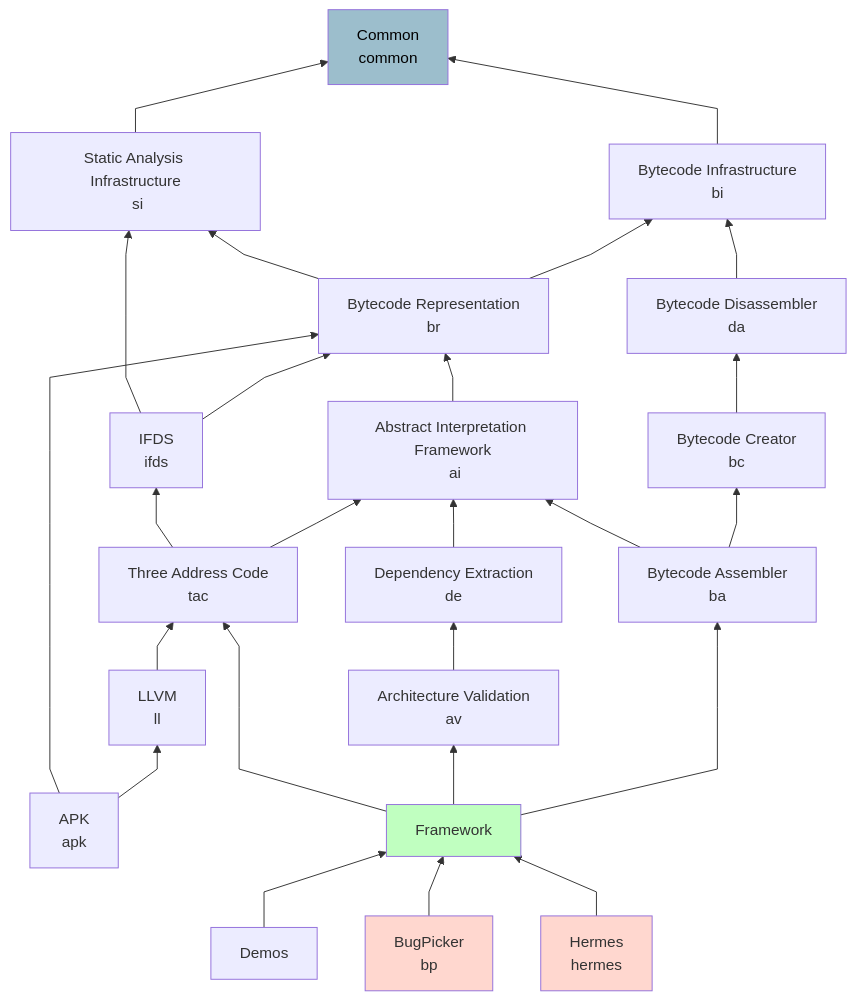
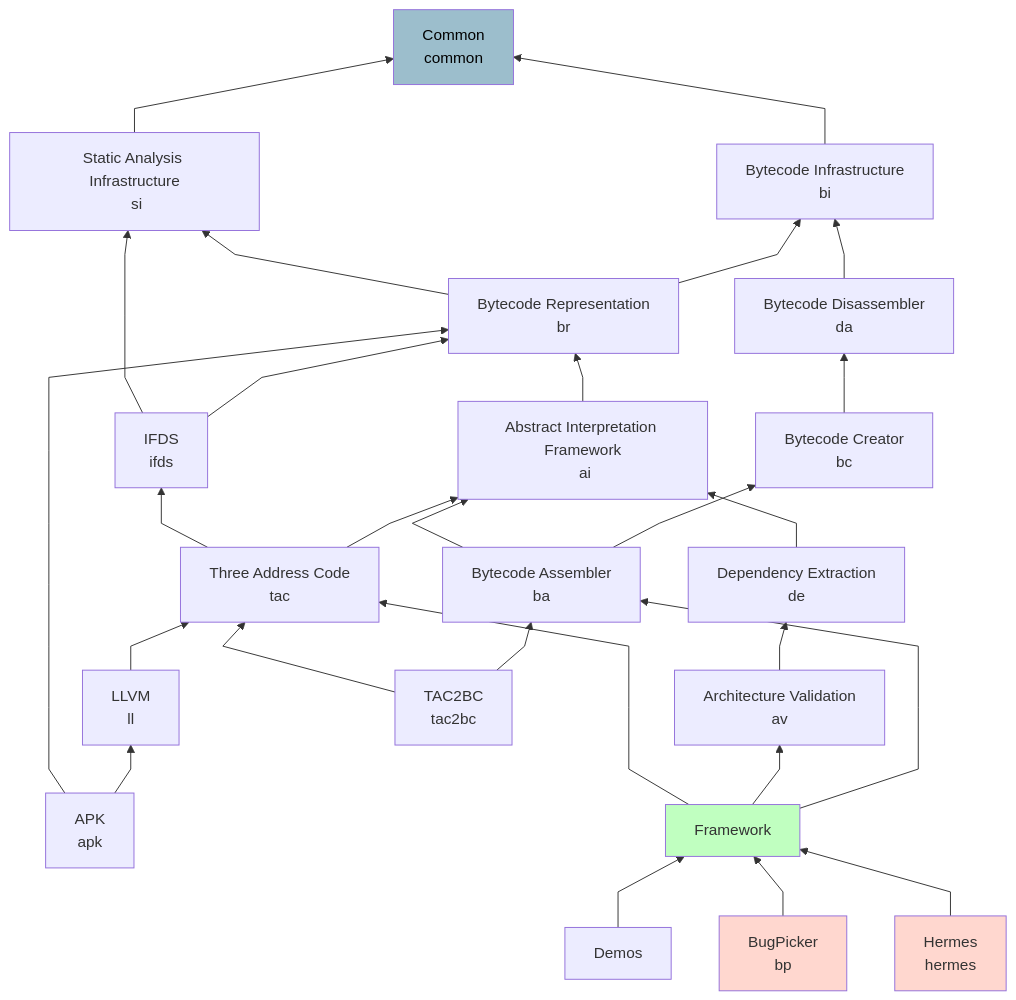
The diagram in OPAL/ProjectDependencies.mmd (opalj/opal), drawn with Mermaid before and after one commit. The commit also changed 183 other files, not shown here.

```diff
--- a/OPAL/ProjectDependencies.mmd
+++ b/OPAL/ProjectDependencies.mmd
@@ -1,71 +1,75 @@
 %%{ init: { 'flowchart': { 'curve': 'linear' } } }%%
 flowchart BT
     
     common[Common\n common]
 
     si[Static Analysis Infrastructure\n si]
     bi[Bytecode Infrastructure\n bi]
 
     br[Bytecode Representation\n br]
     da[Bytecode Disassembler\n da]
 
     ifds[IFDS\n ifds]
     ai[Abstract Interpretation Framework\n ai]
     bc[Bytecode Creator\n bc]
 
     tac[Three Address Code\n tac]
     de[Dependency Extraction\n de]
     ba[Bytecode Assembler\n ba]
 
     ll[LLVM\n ll]
     apk[APK\n apk]
     av[Architecture Validation\n av]
+    tac2bc[TAC2BC\n tac2bc]
 
     framework[Framework]
 
     demos[Demos]
     bp[BugPicker\n bp]
     hermes[Hermes\n hermes]
 
     style common fill:#9cbecc,color:black
     style framework fill:#c0ffc0
     style bp fill:#ffd7cf
     style hermes fill:#ffd7cf
 
     si --> common
 
     bi --> common
 
     br --> si
     br --> bi
     da --> bi
 
     ifds --> si
     ifds --> br
 
     ai --> br
 
     bc --> da
 
     de --> ai
 
     tac --> ifds
     tac --> ai
 
     ll --> tac
 
     apk --> br
     apk --> ll
 
     ba --> ai
     ba --> bc
 
     av --> de
 
+    tac2bc --> tac
+    tac2bc --> ba
+
     framework --> tac
     framework --> av
     framework --> ba
     
     demos --> framework
     bp --> framework
     hermes --> framework
```
